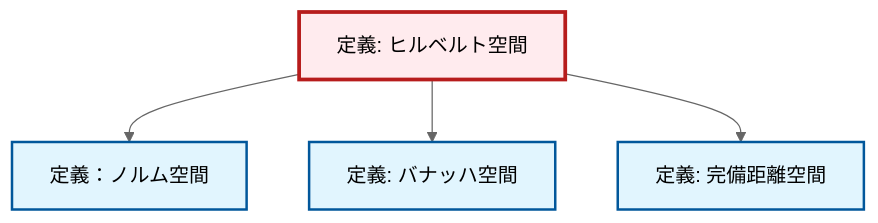
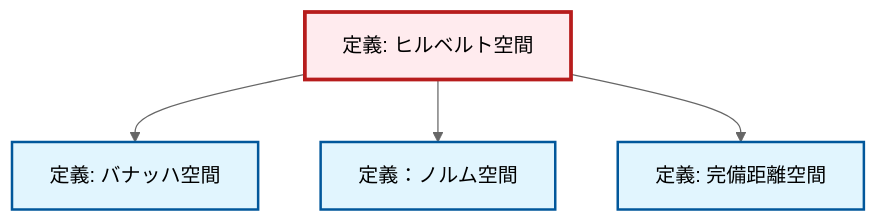
The diagram in content/ja/analysis/def-hilbert-space.qmd (RK0429/ModernMath), drawn with Mermaid (neutral theme) before and after one commit. The commit also changed 672 other files, not shown here.

````diff
--- a/content/ja/analysis/def-hilbert-space.qmd
+++ b/content/ja/analysis/def-hilbert-space.qmd
@@ -173,20 +173,20 @@
 ```{mermaid}
-%%| fig-cap: "Local dependency graph"
+%%| fig-cap: "ローカル依存関係グラフ"
 graph TD
     classDef definition fill:#e1f5fe,stroke:#01579b,stroke-width:2px
     classDef theorem fill:#f3e5f5,stroke:#4a148c,stroke-width:2px
     classDef axiom fill:#fff3e0,stroke:#e65100,stroke-width:2px
     classDef example fill:#e8f5e9,stroke:#1b5e20,stroke-width:2px
     classDef current fill:#ffebee,stroke:#b71c1c,stroke-width:3px
     def-hilbert-space["定義: ヒルベルト空間"]:::definition
+    def-banach-space["定義: バナッハ空間"]:::definition
+    def-normed-vector-space["定義：ノルム空間"]:::definition
     def-complete-metric-space["定義: 完備距離空間"]:::definition
-    def-normed-vector-space["定義：ノルム空間"]:::definition
-    def-banach-space["定義: バナッハ空間"]:::definition
+    def-hilbert-space --> def-banach-space
     def-hilbert-space --> def-normed-vector-space
-    def-hilbert-space --> def-banach-space
     def-hilbert-space --> def-complete-metric-space
     class def-hilbert-space current
+    click def-banach-space "def-banach-space.html" "バナッハ空間の定義へ"
+    click def-normed-vector-space "def-normed-vector-space.html" "定義：ノルム空間へ"
     click def-complete-metric-space "def-complete-metric-space.html" "完備距離空間の定義へ"
-    click def-normed-vector-space "def-normed-vector-space.html" "定義：ノルム空間へ"
-    click def-banach-space "def-banach-space.html" "バナッハ空間の定義へ"
 ```
````
